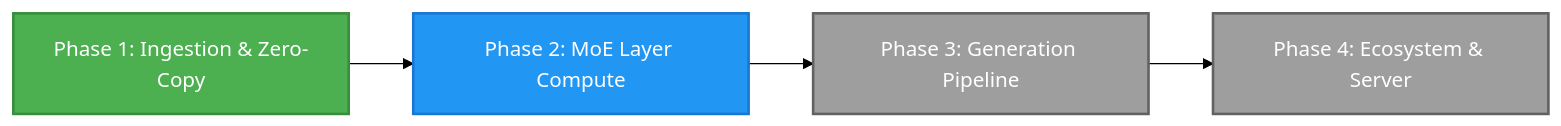
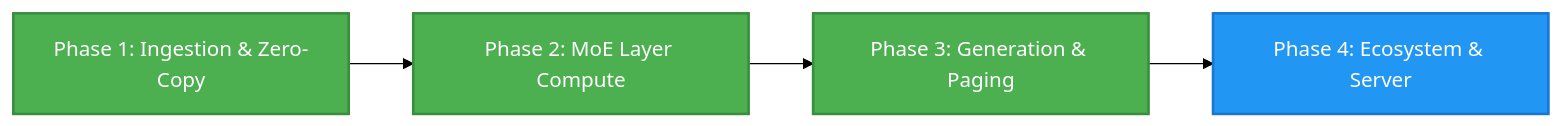
Before and after one commit to derekrparris/DynaMoE: the diagram in README.md, drawn with Mermaid (forest theme). The commit also changed other lines of this file, not shown here.

````diff
--- a/README.md
+++ b/README.md
@@ -57,10 +78,10 @@
 ```mermaid
 flowchart LR
     A["Phase 1: Ingestion & Zero-Copy"] --> B["Phase 2: MoE Layer Compute"]
-    B --> C["Phase 3: Generation Pipeline"]
+    B --> C["Phase 3: Generation & Paging"]
     C --> D["Phase 4: Ecosystem & Server"]
     style A fill:#4CAF50,stroke:#388E3C,stroke-width:2px,color:#fff
-    style B fill:#2196F3,stroke:#1976D2,stroke-width:2px,color:#fff
-    style C fill:#9E9E9E,stroke:#616161,stroke-width:2px,color:#fff
-    style D fill:#9E9E9E,stroke:#616161,stroke-width:2px,color:#fff
+    style B fill:#4CAF50,stroke:#388E3C,stroke-width:2px,color:#fff
+    style C fill:#4CAF50,stroke:#388E3C,stroke-width:2px,color:#fff
+    style D fill:#2196F3,stroke:#1976D2,stroke-width:2px,color:#fff
 ```
````
